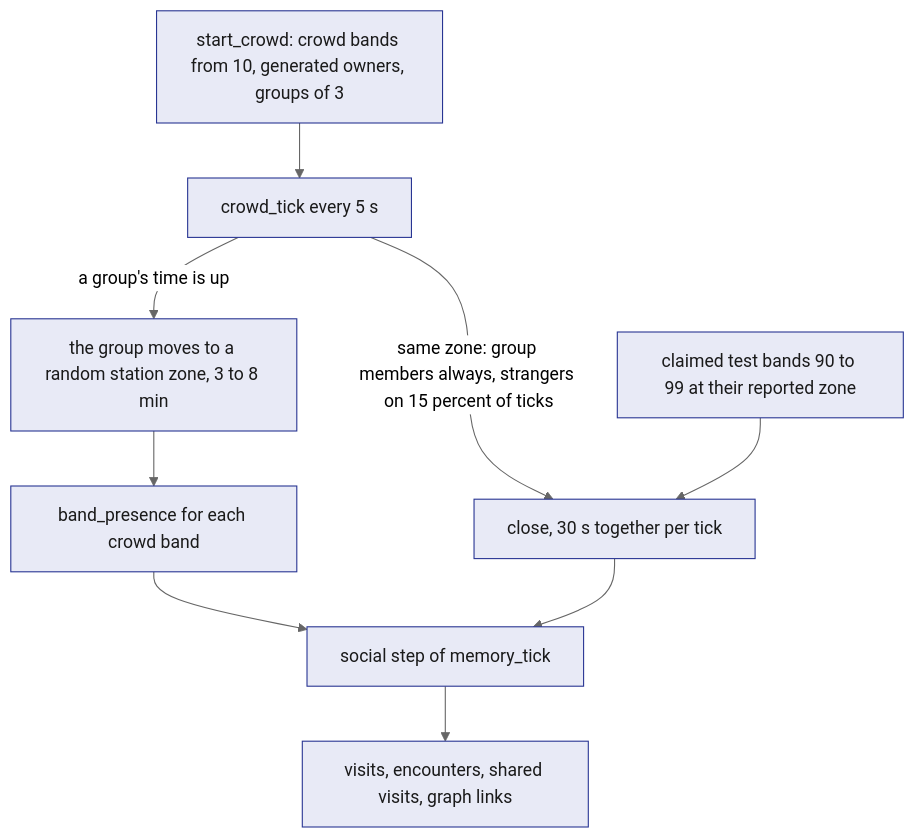
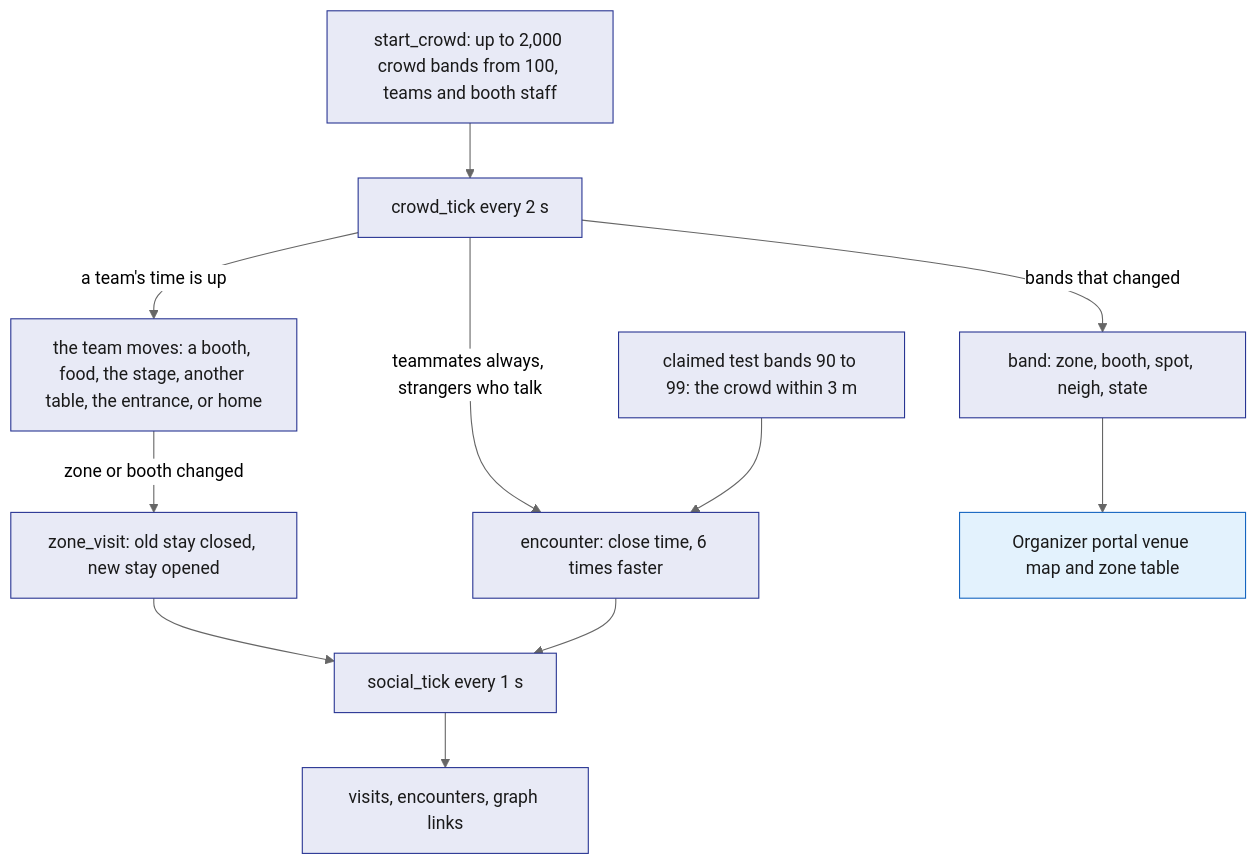
One commit to viktorinkov/cal-hacks-13 changed the first of 2 diagrams in System Design/3-services/Test-Bands.md. Above: the diagram before and after it, drawn with Mermaid (neutral theme). The commit also changed other lines of this file and 26 other files, not shown here.

````diff
--- a/System Design/3-services/Test-Bands.md
+++ b/System Design/3-services/Test-Bands.md
@@ -78,13 +96,17 @@
 ```mermaid
 flowchart TB
-    SC["start_crowd: crowd bands from 10, generated owners, groups of 3"] --> CT["crowd_tick every 5 s"]
-    CT -->|"a group's time is up"| MV["the group moves to a random station zone, 3 to 8 min"]
-    MV --> PS["band_presence for each crowd band"]
-    CT -->|"same zone: group members always, strangers on 15 percent of ticks"| CL["close, 30 s together per tick"]
-    DM["claimed test bands 90 to 99 at their reported zone"] --> CL
-    PS --> SS["social step of memory_tick"]
+    SC["start_crowd: up to 2,000 crowd bands from 100, teams and booth staff"] --> CT["crowd_tick every 2 s"]
+    CT -->|"a team's time is up"| MV["the team moves: a booth, food, the stage, another table, the entrance, or home"]
+    MV -->|"zone or booth changed"| ST["zone_visit: old stay closed, new stay opened"]
+    CT -->|"bands that changed"| BR["band: zone, booth, spot, neigh, state"]
+    CT -->|"teammates always, strangers who talk"| CL["encounter: close time, 6 times faster"]
+    TB["claimed test bands 90 to 99: the crowd within 3 m"] --> CL
+    BR --> MAP["Organizer portal venue map and zone table"]
+    ST --> SS["social_tick every 1 s"]
     CL --> SS
-    SS --> OUT["visits, encounters, shared visits, graph links"]
+    SS --> OUT["visits, encounters, graph links"]
     classDef stdb fill:#E8EAF6,stroke:#283593,color:#1A1A1A
-    class SC,CT,MV,PS,CL,DM,SS,OUT stdb
+    classDef web fill:#E3F2FD,stroke:#1565C0,color:#1A1A1A
+    class SC,CT,MV,ST,BR,CL,TB,SS,OUT stdb
+    class MAP web
 ```
````
